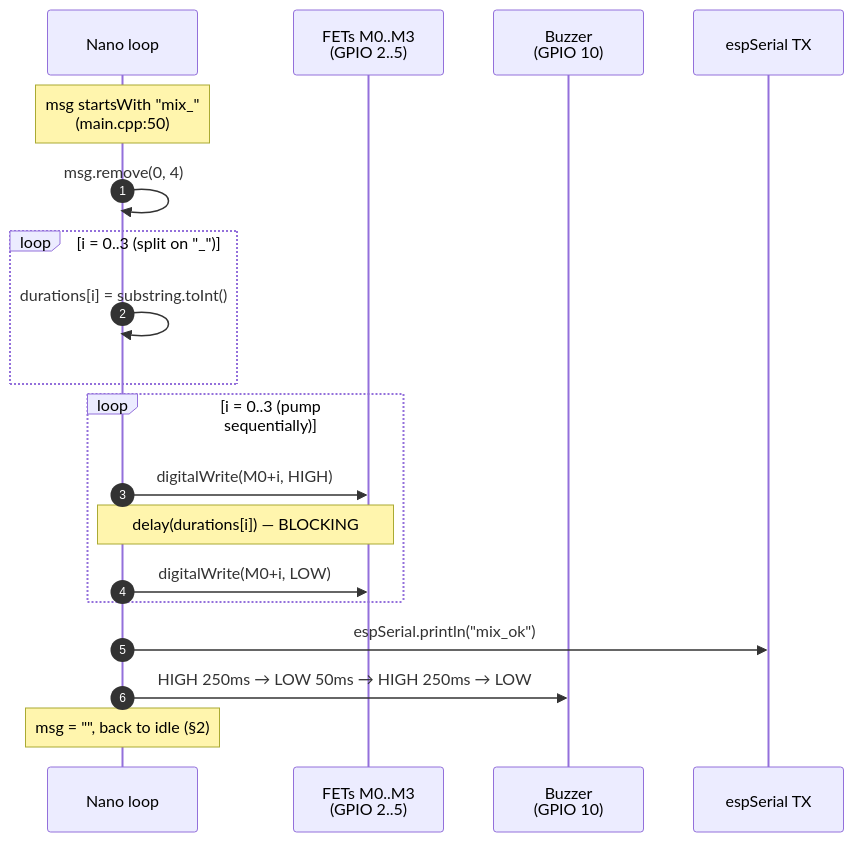
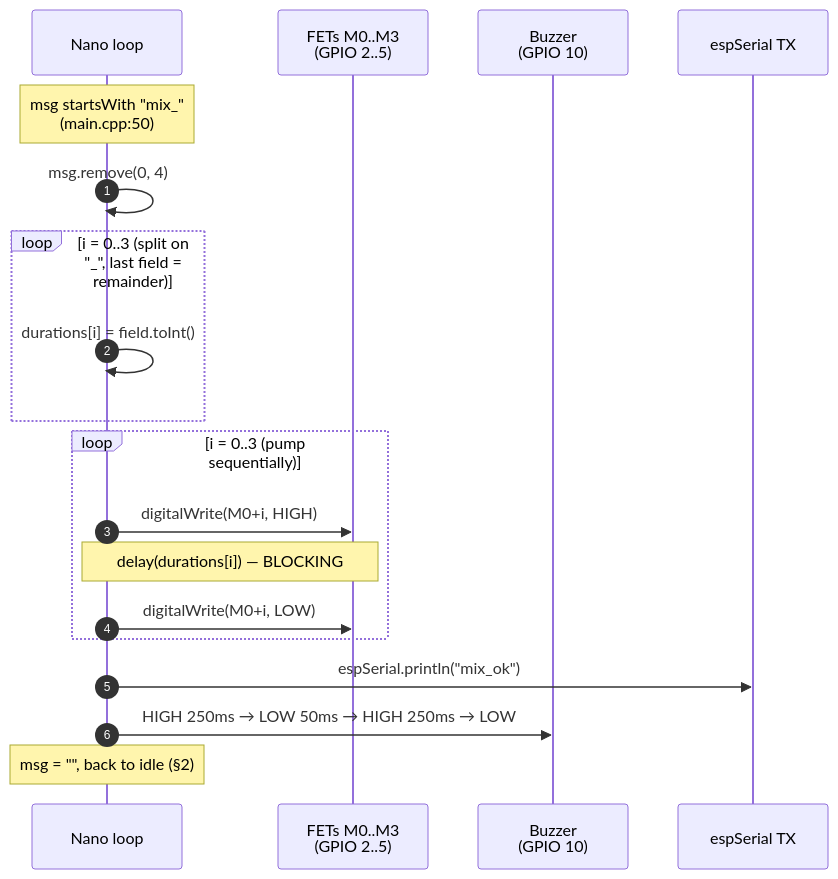
Before and after one commit to Hubert005/IoT_Projekt: the third of 4 diagrams in docs/arduino-nano/sequence-diagrams.md, drawn with Mermaid. The commit also changed other lines of this file and 19 other files, not shown here.

````diff
--- a/docs/arduino-nano/sequence-diagrams.md
+++ b/docs/arduino-nano/sequence-diagrams.md
@@ -52,21 +52,21 @@
 ```mermaid
 sequenceDiagram
     autonumber
     participant Nano as Nano loop
     participant FET as FETs M0..M3<br/>(GPIO 2..5)
     participant Buzz as Buzzer<br/>(GPIO 10)
     participant ESP as espSerial TX
     Note over Nano: msg startsWith "mix_"<br/>(main.cpp:50)
     Nano->>Nano: msg.remove(0, 4)
-    loop i = 0..3 (split on "_")
-        Nano->>Nano: durations[i] = substring.toInt()
+    loop i = 0..3 (split on "_", last field = remainder)
+        Nano->>Nano: durations[i] = field.toInt()
     end
     loop i = 0..3 (pump sequentially)
         Nano->>FET: digitalWrite(M0+i, HIGH)
         Note over Nano,FET: delay(durations[i]) — BLOCKING
         Nano->>FET: digitalWrite(M0+i, LOW)
     end
     Nano->>ESP: espSerial.println("mix_ok")
     Nano->>Buzz: HIGH 250ms → LOW 50ms → HIGH 250ms → LOW
     Note over Nano: msg = "", back to idle (§2)
 ```
````
